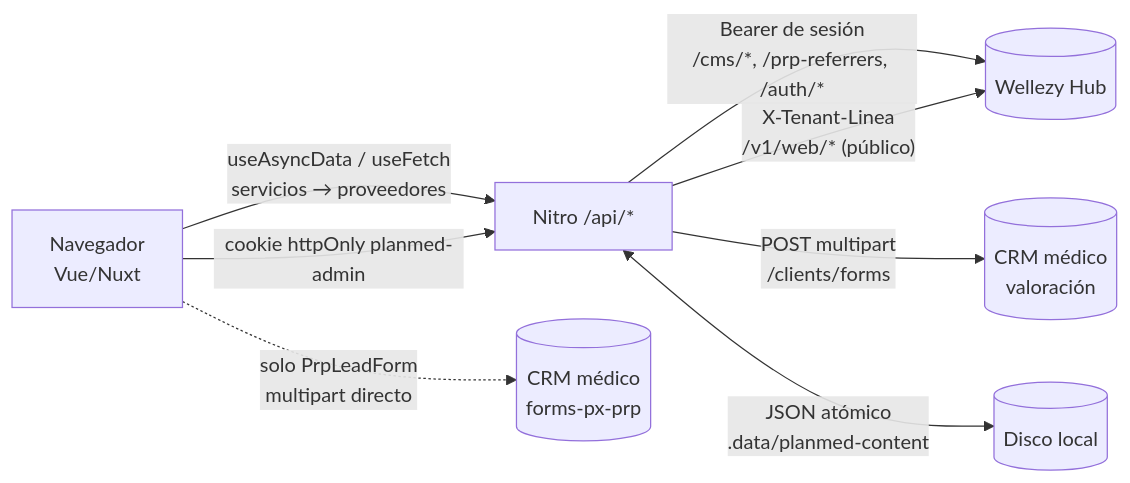
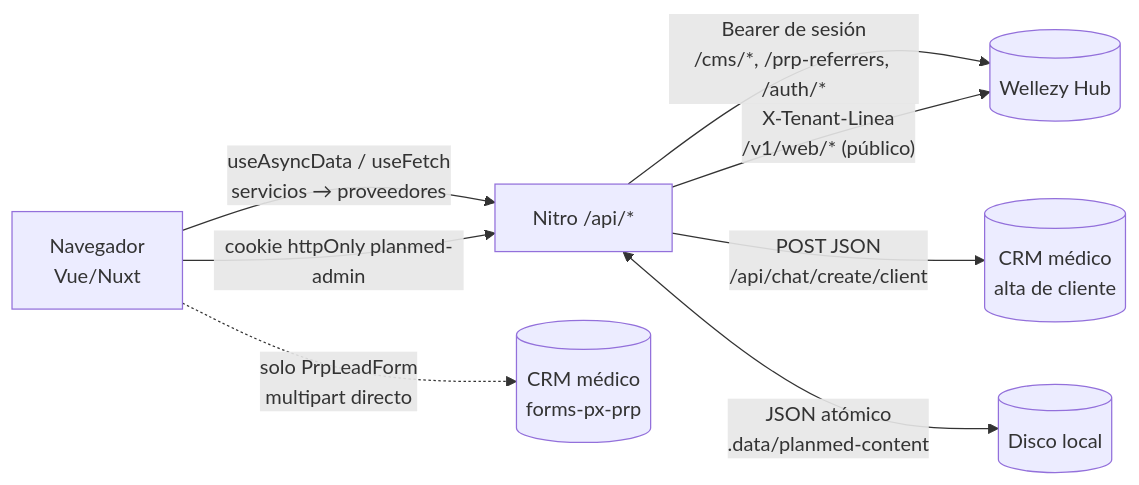
Before and after one commit to MVP-Solutions-360/planmed: the first of 2 diagrams in documentacion/documentacion-maestra-planmed/01-arquitectura-general.md, drawn with Mermaid. The commit also changed 6 other files, not shown here.

Commit message:
docs(planmed): documentar el registro de clientes en el CRM Médico

````diff
--- a/documentacion/documentacion-maestra-planmed/01-arquitectura-general.md
+++ b/documentacion/documentacion-maestra-planmed/01-arquitectura-general.md
@@ -59,10 +59,10 @@
 ```mermaid
 flowchart LR
   B[Navegador<br/>Vue/Nuxt] -->|"useAsyncData / useFetch<br/>servicios → proveedores"| N[Nitro /api/*]
   B -.->|"solo PrpLeadForm<br/>multipart directo"| CRM2[(CRM médico<br/>forms-px-prp)]
   N -->|"Bearer de sesión<br/>/cms/*, /prp-referrers, /auth/*"| HUB[(Wellezy Hub)]
   N -->|"X-Tenant-Linea<br/>/v1/web/* (público)"| HUB
-  N -->|"POST multipart<br/>/clients/forms"| CRM1[(CRM médico<br/>valoración)]
+  N -->|"POST JSON<br/>/api/chat/create/client"| CRM1[(CRM médico<br/>alta de cliente)]
   N <-->|"JSON atómico<br/>.data/planmed-content"| FS[(Disco local)]
   B -->|"cookie httpOnly planmed-admin"| N
 ```
````
